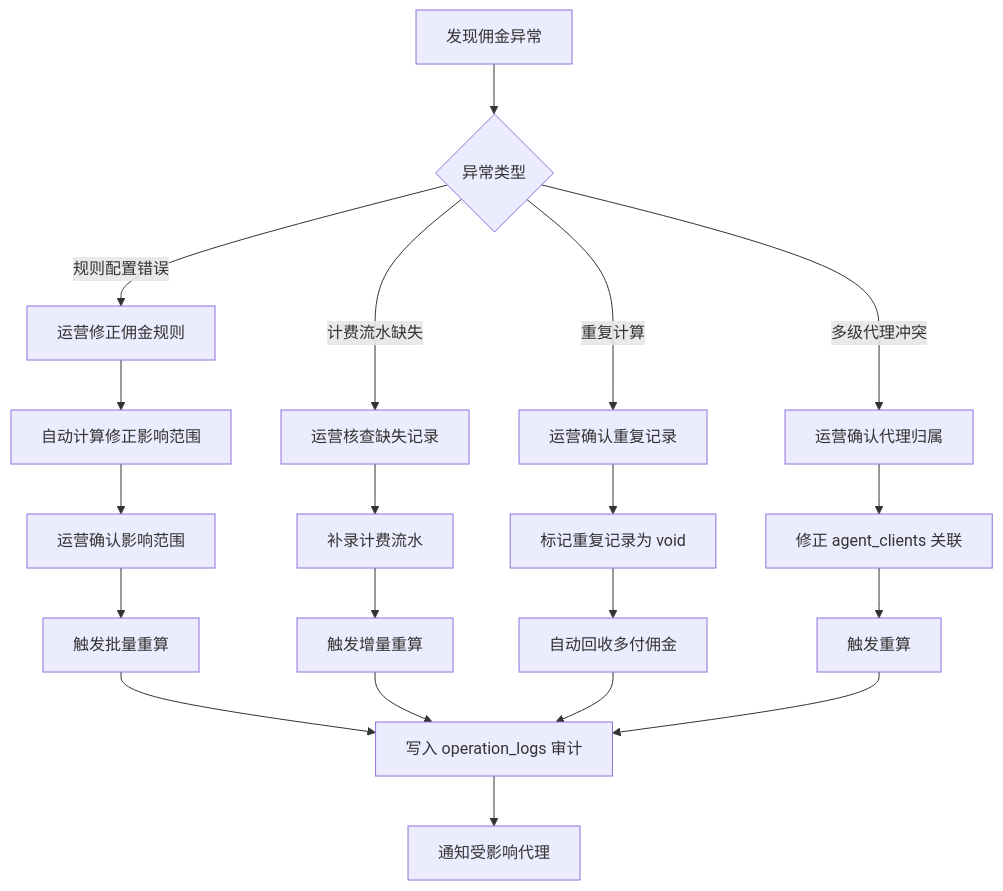
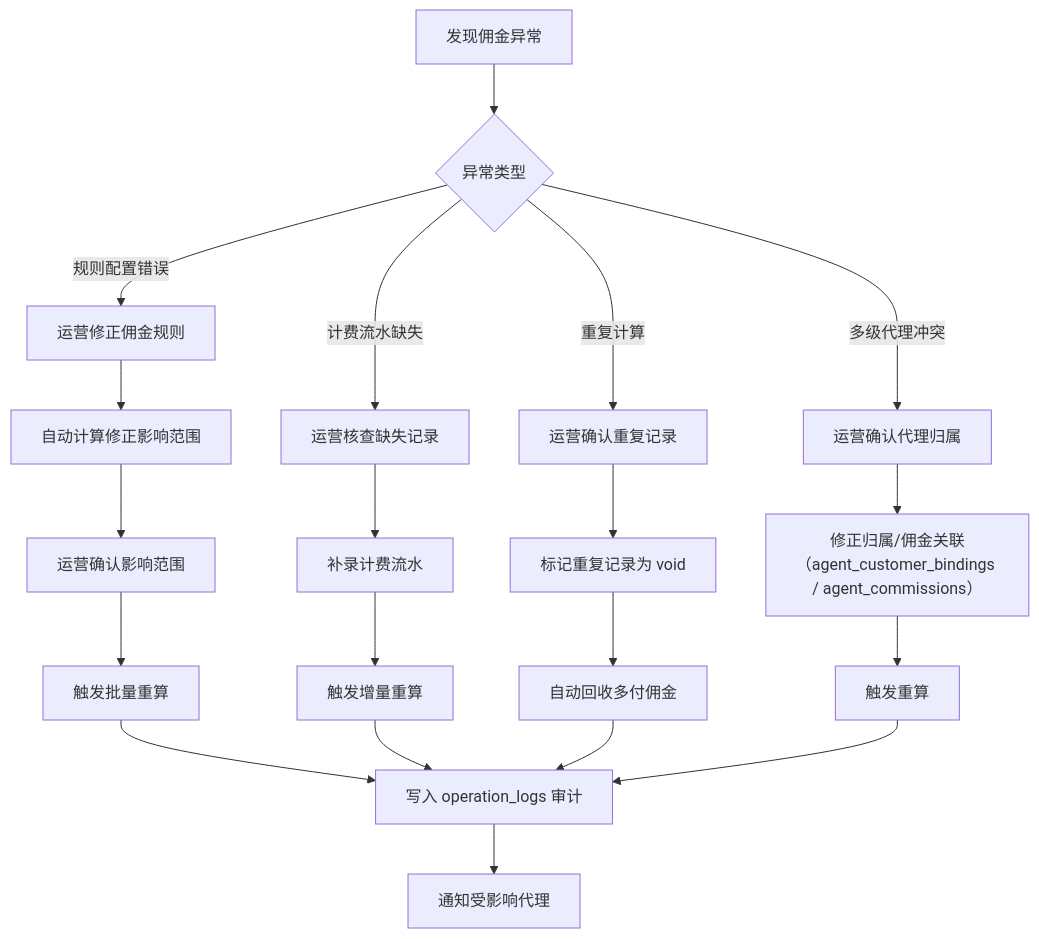
One commit to k19008800/3c changed the diagram in docs/ref-3-agent-system.md. Above: the diagram before and after it, drawn with Mermaid. The commit also changed other lines of this file and 81 other files, not shown here.

````diff
--- a/docs/ref-3-agent-system.md
+++ b/docs/ref-3-agent-system.md
@@ -910,28 +919,28 @@
 ```mermaid
 flowchart TD
     A[发现佣金异常] --> B{异常类型}
     
     B -->|规则配置错误| C[运营修正佣金规则]
     C --> D[自动计算修正影响范围]
     D --> E[运营确认影响范围]
     E --> F[触发批量重算]
     
     B -->|计费流水缺失| G[运营核查缺失记录]
     G --> H[补录计费流水]
     H --> I[触发增量重算]
     
     B -->|重复计算| J[运营确认重复记录]
     J --> K[标记重复记录为 void]
     K --> L[自动回收多付佣金]
     
     B -->|多级代理冲突| M[运营确认代理归属]
-    M --> N[修正 agent_clients 关联]
+    M --> N[修正归属/佣金关联（agent_customer_bindings / agent_commissions）]
     N --> O[触发重算]
     
     F --> P[写入 operation_logs 审计]
     I --> P
     L --> P
     O --> P
     
     P --> Q[通知受影响代理]
 ```
````
